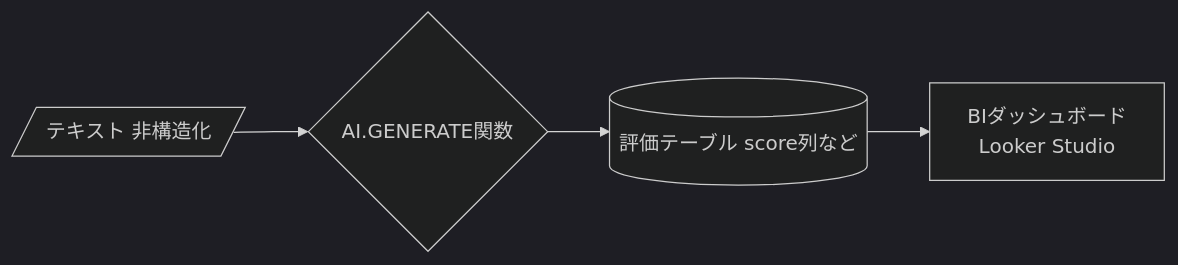
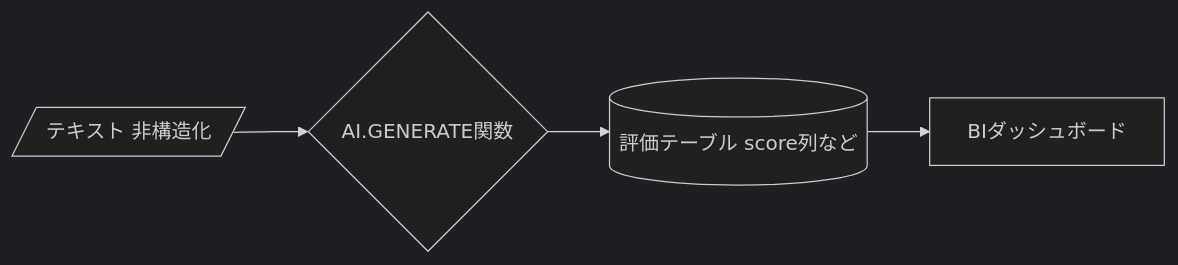
One commit to 1210yuichi0/slides changed the third of 5 diagrams in bigquery-ai-generate/bigquery-ai-generate.md. Above: the diagram before and after it, drawn with Mermaid (dark theme). The commit also changed other lines of this file and 1 other file, not shown here.

First line of the commit message:
fix: resolve Mermaid text clipping in PDF output

```diff
--- a/bigquery-ai-generate/bigquery-ai-generate.md
+++ b/bigquery-ai-generate/bigquery-ai-generate.md
@@ -111,9 +140,8 @@
-<div class="mermaid">
+<pre class="mermaid">
 flowchart LR
     TXT[/テキスト 非構造化/]
     AI{AI.GENERATE関数}
     TBL[(評価テーブル score列など)]
-    BI[BIダッシュボード
-    Looker Studio]
+    BI[BIダッシュボード]
     TXT --> AI --> TBL --> BI
-</div>
+</pre>
```
